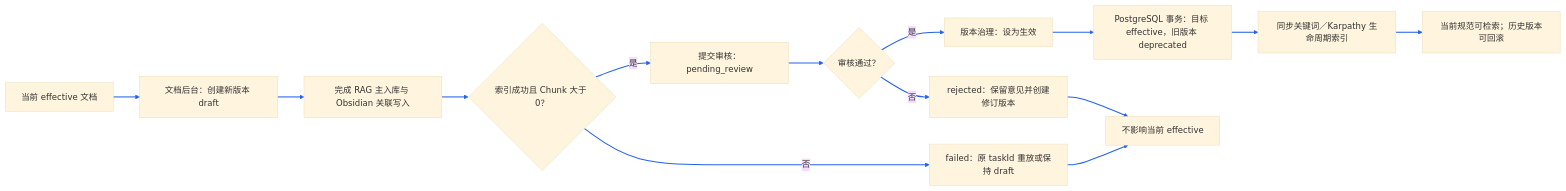
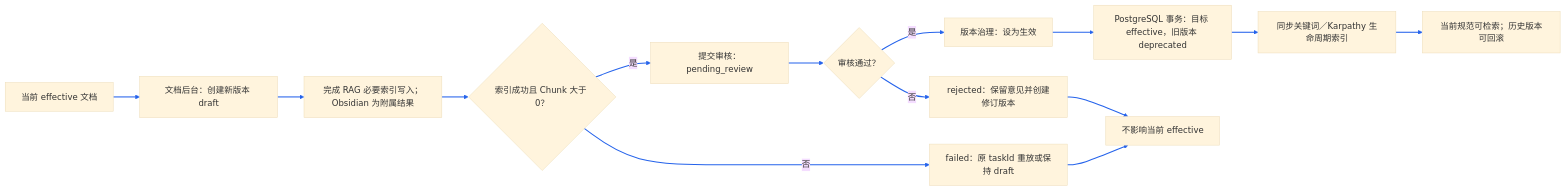
One commit to monstereatai/RAG changed diagram 28 of 29 in docs/interview/功能步骤流程.md. Above: the diagram before and after it, drawn with Mermaid (base theme). The commit also changed other lines of this file and 37 other files, not shown here.

````diff
--- a/docs/interview/功能步骤流程.md
+++ b/docs/interview/功能步骤流程.md
@@ -1087,17 +1222,17 @@
 ```mermaid
 flowchart LR
   A[当前 effective 文档] --> B[文档后台：创建新版本 draft]
-  B --> C[完成 RAG 主入库与 Obsidian 关联写入]
+  B --> C[完成 RAG 必要索引写入；Obsidian 为附属结果]
   C --> D{索引成功且 Chunk 大于 0？}
   D -->|是| E[提交审核：pending_review]
   E --> F{审核通过？}
   F -->|是| G[版本治理：设为生效]
   G --> H[PostgreSQL 事务：目标 effective，旧版本 deprecated]
   H --> I[同步关键词／Karpathy 生命周期索引]
   I --> J[当前规范可检索；历史版本可回滚]
   F -->|否| K[rejected：保留意见并创建修订版本]
   D -->|否| L[failed：原 taskId 重放或保持 draft]
   K --> M[不影响当前 effective]
   L --> M
   linkStyle 0,1,2,3,4,5,6,7,8,9,10,11,12 stroke:#2563eb,stroke-width:2px
 ```
````
